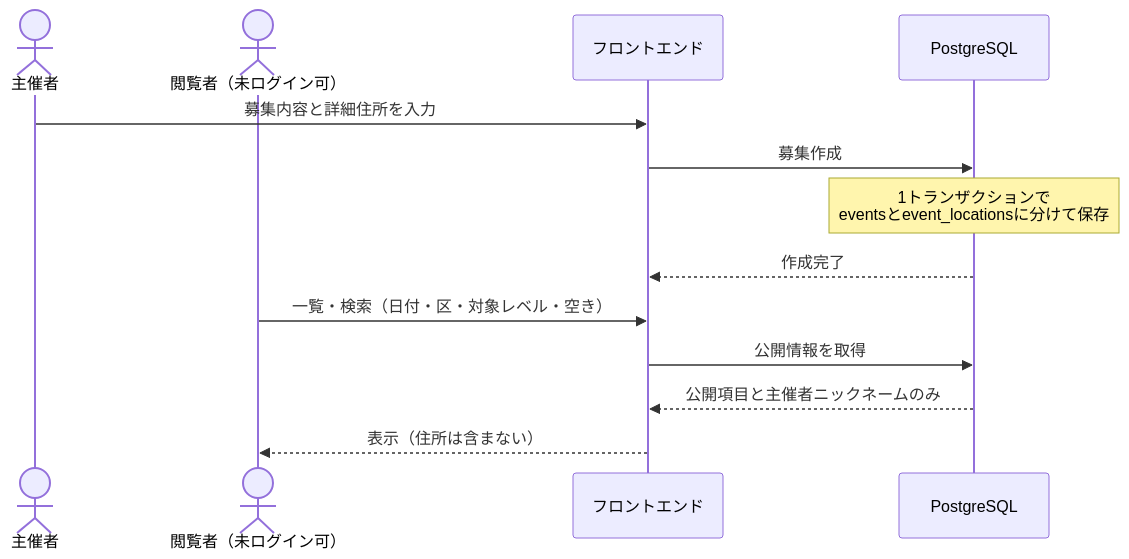
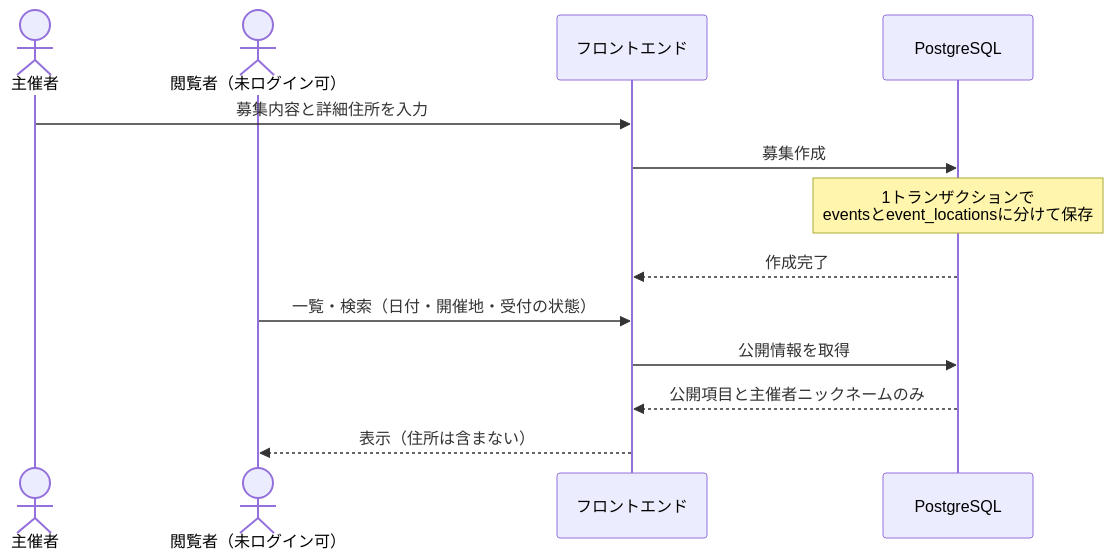
The third of 8 diagrams in docs/07_システムアーキテクチャ.md (sysnovastudio-byte/nagoya-volleyball-matching), drawn with Mermaid before and after one commit. The commit also changed other lines of this file and 10 other files, not shown here.

````diff
--- a/docs/07_システムアーキテクチャ.md
+++ b/docs/07_システムアーキテクチャ.md
@@ -85,15 +85,15 @@
 ```mermaid
 sequenceDiagram
     actor H as 主催者
     actor V as 閲覧者（未ログイン可）
     participant F as フロントエンド
     participant D as PostgreSQL
     H->>F: 募集内容と詳細住所を入力
     F->>D: 募集作成
     Note over D: 1トランザクションで<br/>eventsとevent_locationsに分けて保存
     D-->>F: 作成完了
-    V->>F: 一覧・検索（日付・区・対象レベル・空き）
+    V->>F: 一覧・検索（日付・開催地・受付の状態）
     F->>D: 公開情報を取得
     D-->>F: 公開項目と主催者ニックネームのみ
     F-->>V: 表示（住所は含まない）
 ```
````
